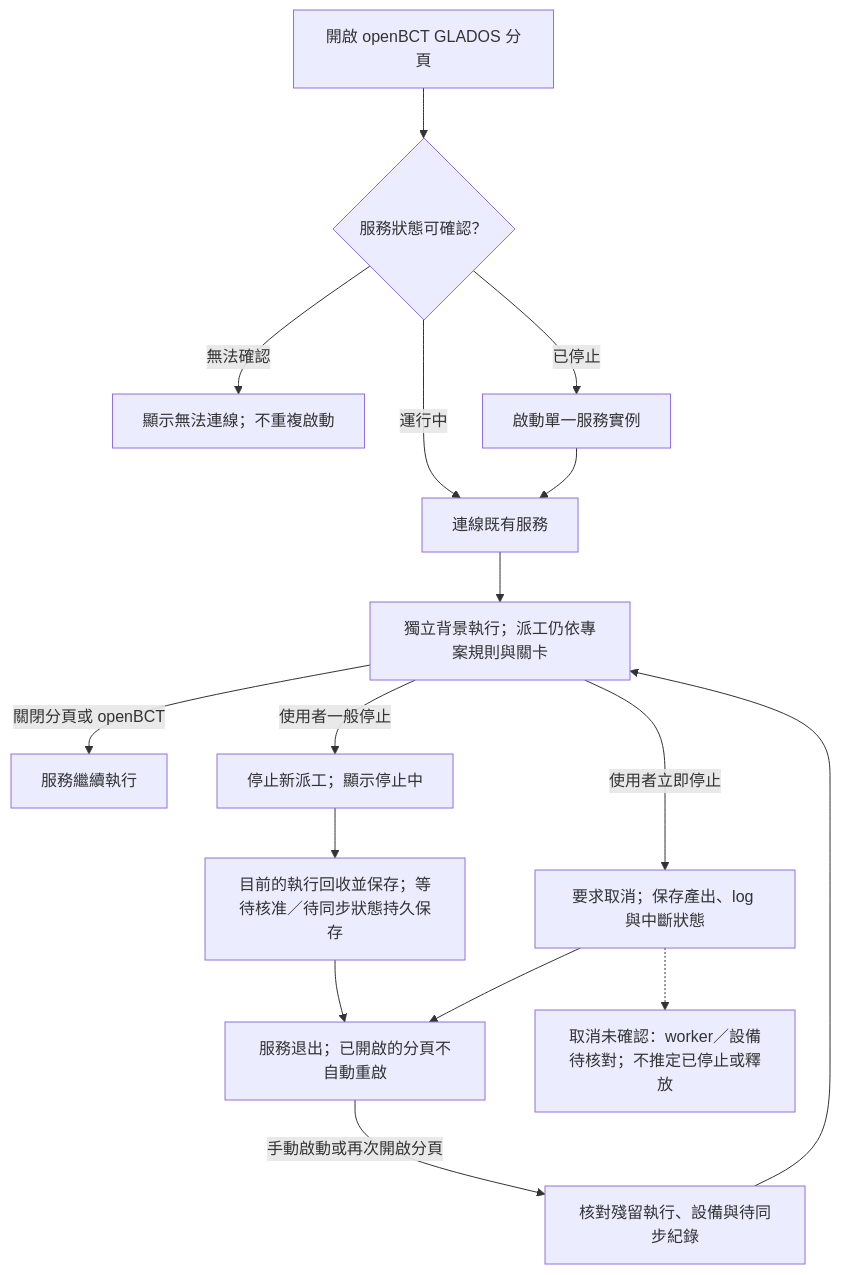
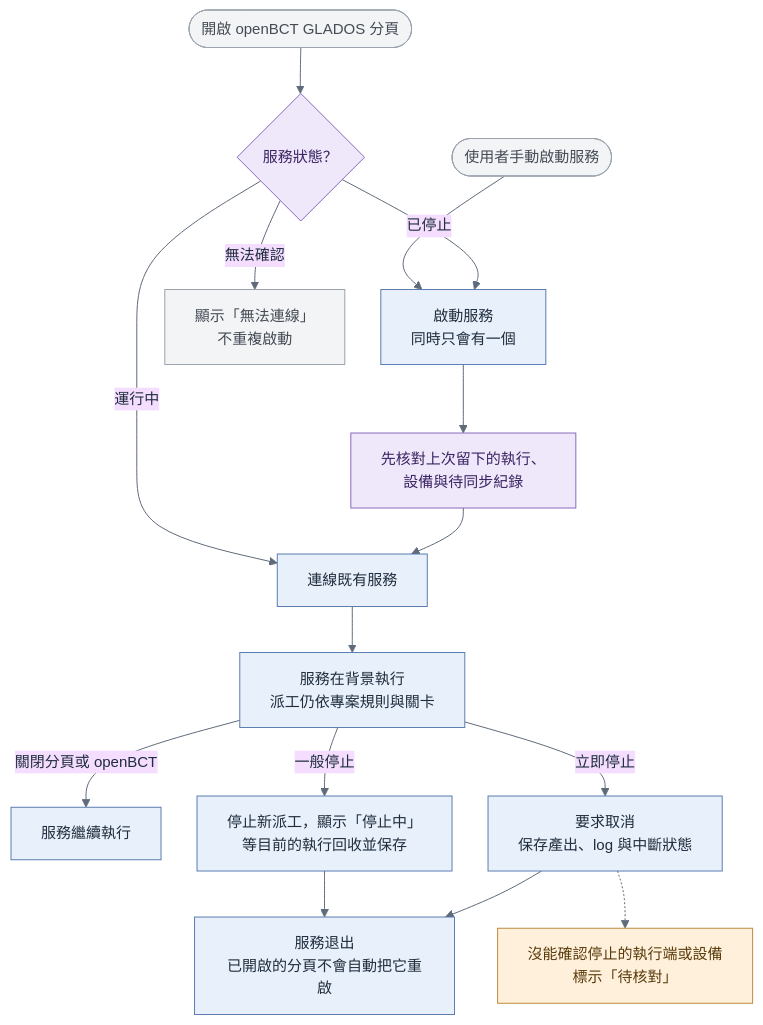
The diagram in diagrams/glados_service_lifecycle.mmd (kevintsou/glados), drawn with Mermaid before and after one commit. The commit also changed 16 other files, not shown here.

First line of the commit message:
docs: redraw all GLADOS diagrams and align them with the spec text

```diff
--- a/diagrams/glados_service_lifecycle.mmd
+++ b/diagrams/glados_service_lifecycle.mmd
@@ -1,16 +1,21 @@
+%%{init: {"theme":"base","themeVariables":{"fontSize":"15px","lineColor":"#5F6B7A","primaryTextColor":"#1F2D3D"},"flowchart":{"curve":"basis","nodeSpacing":36,"rankSpacing":46,"htmlLabels":true}}}%%
 flowchart TD
-  OPEN["開啟 openBCT GLADOS 分頁"] --> CHECK{"服務狀態可確認？"}
-  CHECK -->|無法確認| UNKNOWN["顯示無法連線；不重複啟動"]
-  CHECK -->|已停止| START["啟動單一服務實例"]
-  CHECK -->|運行中| CONNECT["連線既有服務"]
-  START --> CONNECT
-  CONNECT --> RUN["獨立背景執行；派工仍依專案規則與關卡"]
-  RUN -->|關閉分頁或 openBCT| BACKGROUND["服務繼續執行"]
-  RUN -->|使用者一般停止| DRAIN["停止新派工；顯示停止中"]
-  DRAIN --> SAVE["目前的執行回收並保存；等待核准／待同步狀態持久保存"]
-  RUN -->|使用者立即停止| CANCEL["要求取消；保存產出、log 與中斷狀態"]
-  SAVE --> STOP["服務退出；已開啟的分頁不自動重啟"]
+  OPEN(["開啟 openBCT GLADOS 分頁"]):::ext --> CHECK{"服務狀態？"}:::route
+  MANUAL(["使用者手動啟動服務"]):::ext --> START
+  CHECK -->|"運行中"| CONNECT["連線既有服務"]:::exec
+  CHECK -->|"已停止"| START["啟動服務<br/>同時只會有一個"]:::exec
+  CHECK -->|"無法確認"| UNKNOWN["顯示「無法連線」<br/>不重複啟動"]:::ext
+  START --> RECOVER["先核對上次留下的執行、<br/>設備與待同步紀錄"]:::route
+  RECOVER --> CONNECT
+  CONNECT --> RUN["服務在背景執行<br/>派工仍依專案規則與關卡"]:::exec
+  RUN -->|"關閉分頁或 openBCT"| BG["服務繼續執行"]:::exec
+  RUN -->|"一般停止"| DRAIN["停止新派工，顯示「停止中」<br/>等目前的執行回收並保存"]:::exec
+  RUN -->|"立即停止"| CANCEL["要求取消<br/>保存產出、log 與中斷狀態"]:::exec
+  CANCEL -.-> UNCONF["沒能確認停止的執行端或設備<br/>標示「待核對」"]:::human
+  DRAIN --> STOP["服務退出<br/>已開啟的分頁不會自動把它重啟"]:::exec
   CANCEL --> STOP
-  STOP -->|手動啟動或再次開啟分頁| RECOVER["核對殘留執行、設備與待同步紀錄"]
-  RECOVER --> RUN
-  CANCEL -.-> UNCONFIRMED["取消未確認：worker／設備待核對；不推定已停止或釋放"]
+  classDef exec fill:#E8F0FB,stroke:#5B7DB1,color:#1F2D3D;
+  classDef human fill:#FFF0DB,stroke:#C08A3E,color:#5A3B0A;
+  classDef route fill:#EFE7FA,stroke:#8A6BBE,color:#3A2463;
+  classDef store fill:#E6F4EA,stroke:#4E9A6A,color:#1E4D2B;
+  classDef ext fill:#F3F4F6,stroke:#9AA3AE,color:#444B55;
```
